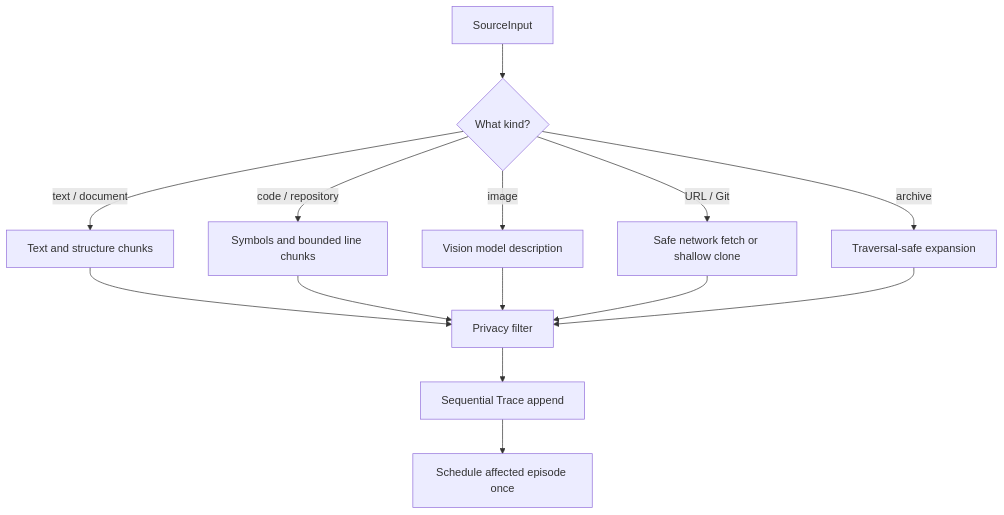
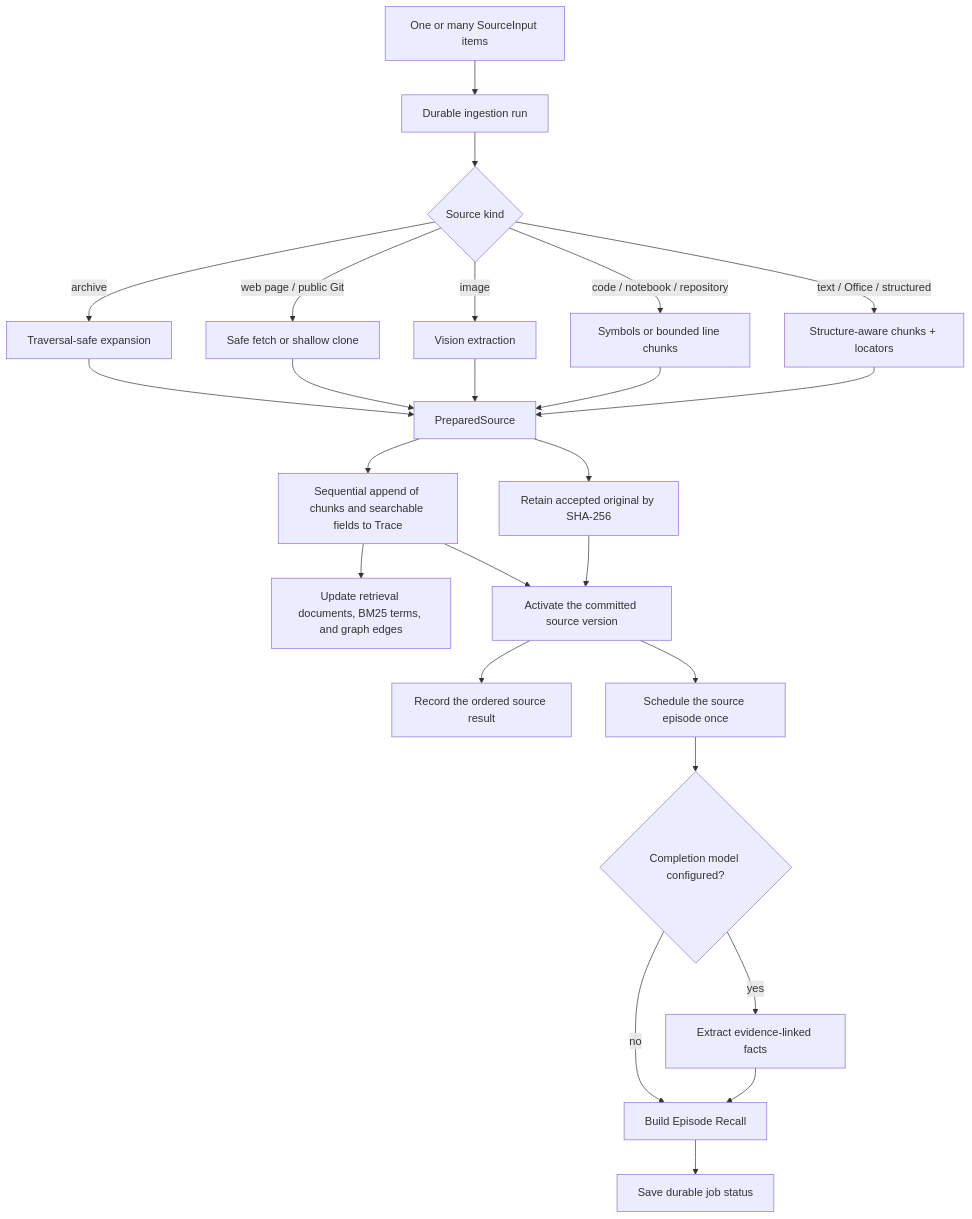
The fourth of 12 diagrams in docs/architecture.md (shanmukh05/trisynapse-memory), drawn with Mermaid before and after one commit. The commit also changed other lines of this file and 76 other files, not shown here.

````diff
--- a/docs/architecture.md
+++ b/docs/architecture.md
@@ -91,16 +261,27 @@
 ```mermaid
 flowchart TD
-    S["SourceInput"] --> K{"What kind?"}
-    K -->|"text / document"| T["Text and structure chunks"]
-    K -->|"code / repository"| C["Symbols and bounded line chunks"]
-    K -->|"image"| I["Vision model description"]
-    K -->|"URL / Git"| N["Safe network fetch or shallow clone"]
+    S["One or many SourceInput items"] --> RUN["Durable ingestion run"]
+    RUN --> K{"Source kind"}
+    K -->|"text / Office / structured"| T["Structure-aware chunks + locators"]
+    K -->|"code / notebook / repository"| C["Symbols or bounded line chunks"]
+    K -->|"image"| I["Vision extraction"]
+    K -->|"web page / public Git"| N["Safe fetch or shallow clone"]
     K -->|"archive"| A["Traversal-safe expansion"]
-    T --> P["Privacy filter"]
-    C --> P
-    I --> P
-    N --> P
-    A --> P
-    P --> O["Sequential Trace append"]
-    O --> J["Schedule affected episode once"]
+    T --> PS["PreparedSource"]
+    C --> PS
+    I --> PS
+    N --> PS
+    A --> PS
+    PS --> B["Retain accepted original by SHA-256"]
+    PS --> O["Sequential append of chunks and searchable fields to Trace"]
+    O --> IDX["Update retrieval documents, BM25 terms, and graph edges"]
+    B --> ACTIVE["Activate the committed source version"]
+    O --> ACTIVE
+    ACTIVE --> RESULT["Record the ordered source result"]
+    ACTIVE --> J["Schedule the source episode once"]
+    J --> CP{"Completion model configured?"}
+    CP -->|"yes"| X["Extract evidence-linked facts"]
+    X --> E["Build Episode Recall"]
+    CP -->|"no"| E
+    E --> JOB["Save durable job status"]
 ```
````
